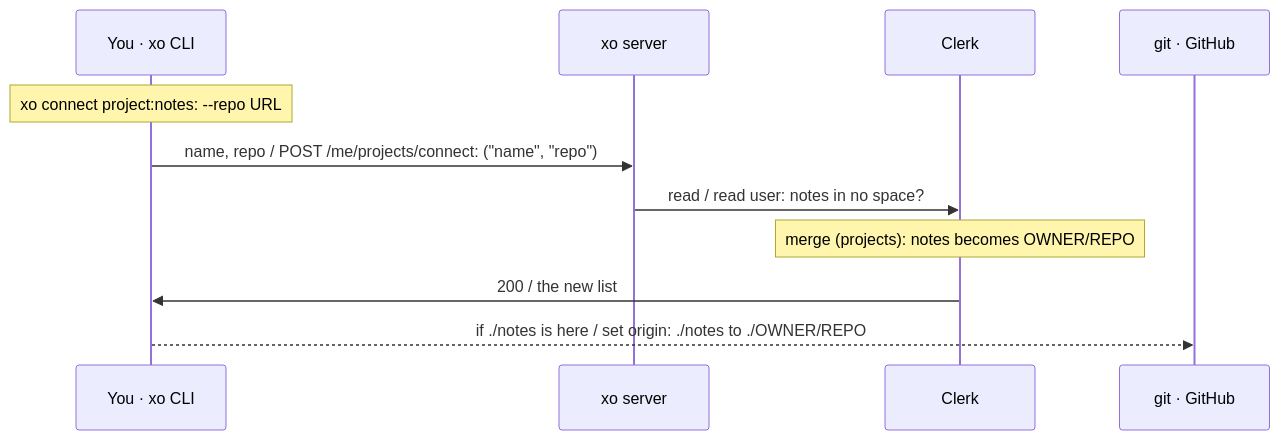
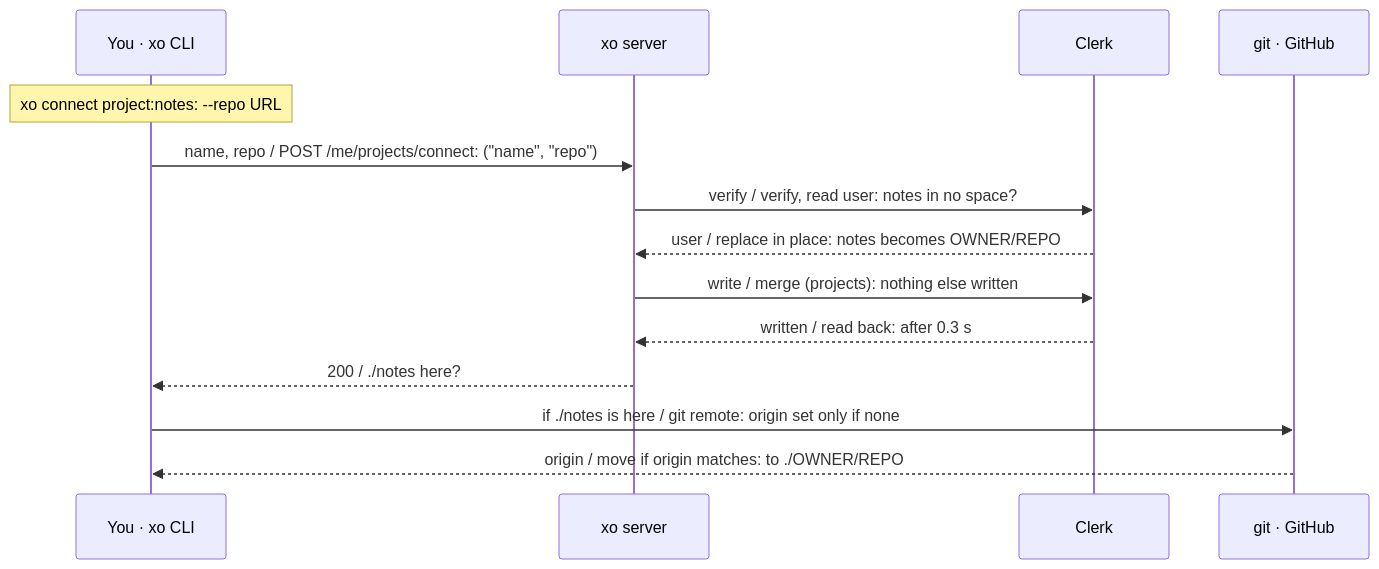
Before and after one commit to quirq-ai/xo: diagram 13 of 32 in docs/architecture.md, drawn with Mermaid. The commit also changed other lines of this file and 10 other files, not shown here.

First line of the commit message:
xo create and architecture: audit fixes on top of #35 and #36

````diff
--- a/docs/architecture.md
+++ b/docs/architecture.md
@@ -285,13 +303,16 @@
 ```mermaid
 sequenceDiagram
   participant Cli as You · xo CLI
   participant Srv as xo server
   participant Clerk as Clerk
   participant Git as git · GitHub
   Note over Cli: xo connect project:notes: --repo URL
   Cli->>Srv: name, repo / POST /me/projects/connect: ("name", "repo")
-  Srv->>Clerk: read / read user: notes in no space?
-  Note over Clerk: merge (projects): notes becomes OWNER/REPO
-  Clerk->>Cli: 200 / the new list
-  Cli-->>Git: if ./notes is here / set origin: ./notes to ./OWNER/REPO
+  Srv->>Clerk: verify / verify, read user: notes in no space?
+  Clerk-->>Srv: user / replace in place: notes becomes OWNER/REPO
+  Srv->>Clerk: write / merge (projects): nothing else written
+  Clerk-->>Srv: written / read back: after 0.3 s
+  Srv-->>Cli: 200 / ./notes here?
+  Cli->>Git: if ./notes is here / git remote: origin set only if none
+  Git-->>Cli: origin / move if origin matches: to ./OWNER/REPO
 ```
````
